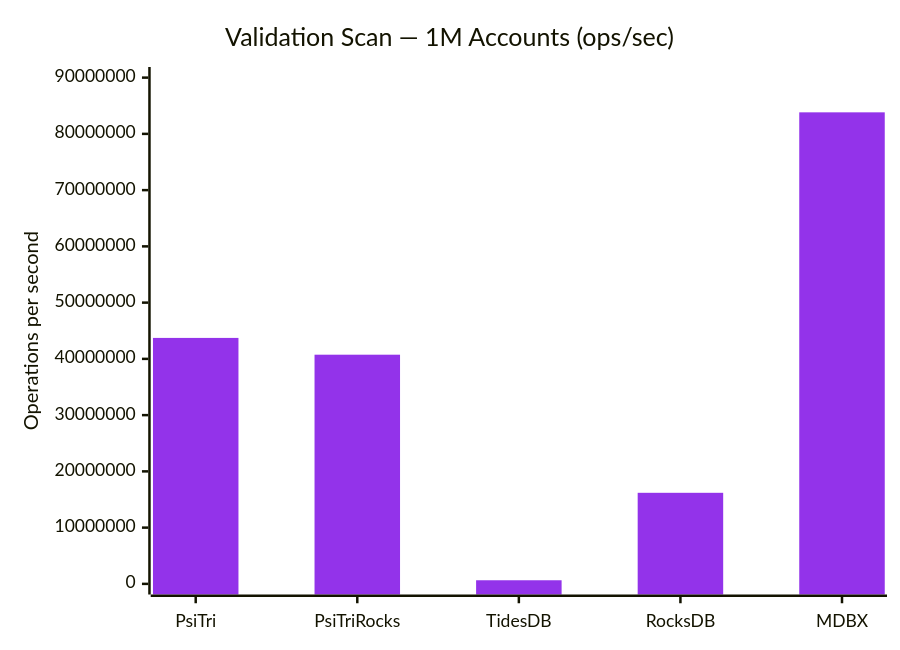
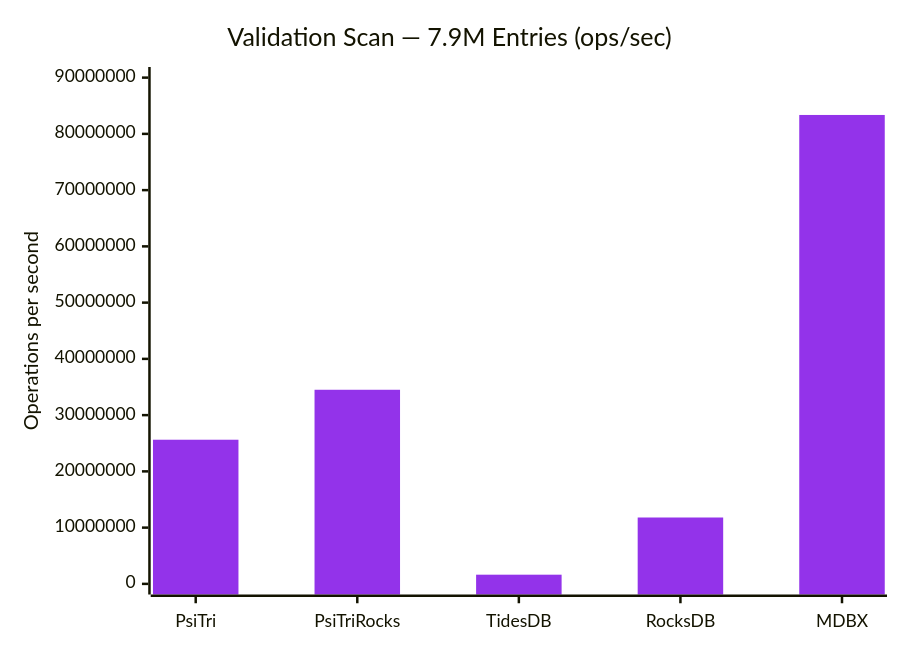
The fourth of 5 diagrams in programs/BANK_BENCHMARK.md (gofractally/arbtrie), drawn with Mermaid before and after one commit. The commit also changed other lines of this file and 2 other files, not shown here.

````diff
--- a/programs/BANK_BENCHMARK.md
+++ b/programs/BANK_BENCHMARK.md
@@ -143,8 +148,8 @@
 ```mermaid
 %%{init: {'theme': 'base', 'themeVariables': {'xyChart': {'plotColorPalette': '#9333EA'}}}}%%
 xychart-beta
-    title "Validation Scan — 1M Accounts (ops/sec)"
+    title "Validation Scan — 7.9M Entries (ops/sec)"
     x-axis ["PsiTri", "PsiTriRocks", "TidesDB", "RocksDB", "MDBX"]
     y-axis "Operations per second" 0 --> 90000000
-    bar [43726360, 40742325, 642880, 16190584, 83829323]
+    bar [25625412, 34508643, 1633442, 11799588, 83361880]
 ```
````
